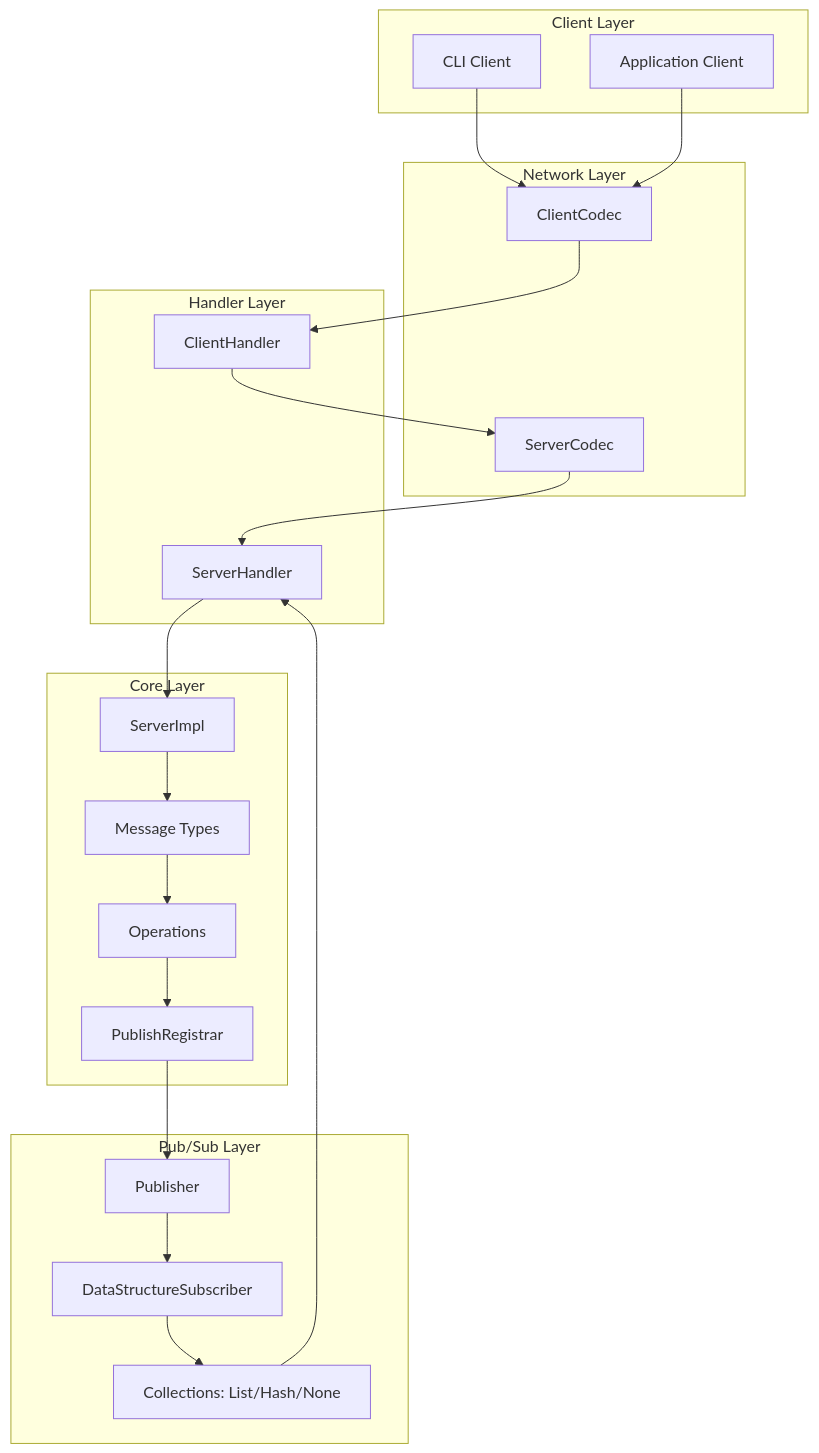
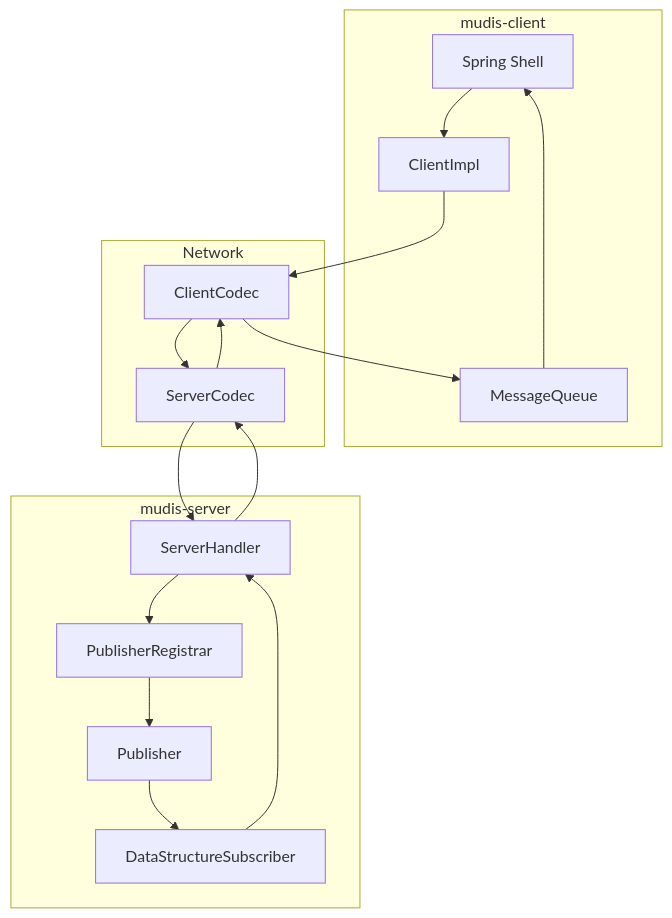
Before and after one commit to gchape/mudis: the first of 3 diagrams in README.md, drawn with Mermaid. The commit also changed other lines of this file, not shown here.

First line of the commit message:
docs: update README for multi-module architecture and SHOW operation

````diff
--- a/README.md
+++ b/README.md
@@ -9,44 +18,33 @@
 ```mermaid
 graph TB
-    subgraph "Client Layer"
-        CLI[CLI Client]
-        APP[Application Client]
+    subgraph "mudis-client"
+        CLI[Spring Shell]
+        CLIENT[ClientImpl]
+        QUEUE[MessageQueue]
     end
     
-    subgraph "Network Layer"
-        CC[ClientCodec]
-        SC[ServerCodec]
+    subgraph "Network"
+        CCODEC[ClientCodec]
+        SCODEC[ServerCodec]
     end
     
-    subgraph "Handler Layer"
-        CH[ClientHandler]
-        SH[ServerHandler]
+    subgraph "mudis-server"
+        HANDLER[ServerHandler]
+        REG[PublisherRegistrar]
+        PUB[Publisher]
+        SUB[DataStructureSubscriber]
     end
     
-    subgraph "Core Layer"
-        SERVER[ServerImpl]
-        MSG[Message Types]
-        OPS[Operations]
-        REG[PublishRegistrar]
-    end
-    
-    subgraph "Pub/Sub Layer"
-        PUB[Publisher]
-        SUB[DataStructureSubscriber]
-        COLL[Collections: List/Hash/None]
-    end
-    
-    CLI --> CC
-    APP --> CC
-    CC --> CH
-    CH --> SC
-    SC --> SH
-    SH --> SERVER
-    SERVER --> MSG
-    MSG --> OPS
-    OPS --> REG
+    CLI --> CLIENT
+    CLIENT --> CCODEC
+    CCODEC --> SCODEC
+    SCODEC --> HANDLER
+    HANDLER --> REG
     REG --> PUB
     PUB --> SUB
-    SUB --> COLL
-    COLL --> SH
+    SUB --> HANDLER
+    HANDLER --> SCODEC
+    SCODEC --> CCODEC
+    CCODEC --> QUEUE
+    QUEUE --> CLI
 ```
````
